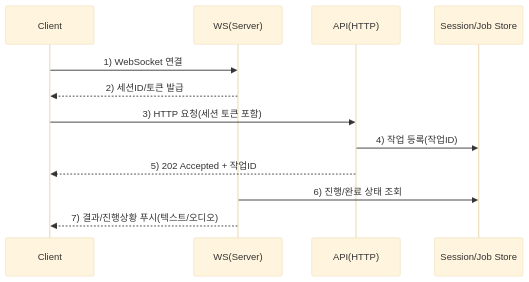
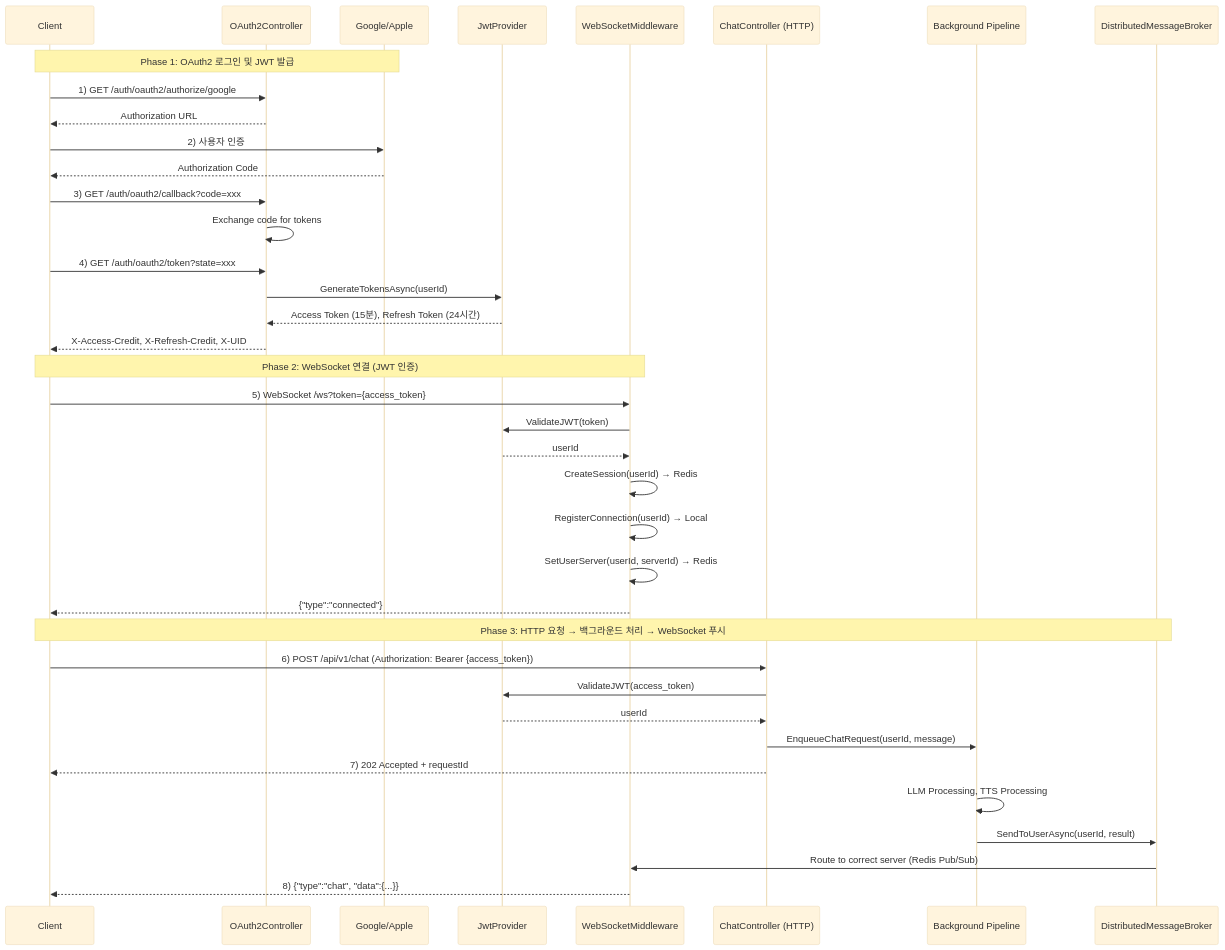
The first of 2 diagrams in docs/architecture/websocket_http_architecture.md (ProjectVG/ProjectVG-Server), drawn with Mermaid (base theme) before and after one commit. The commit also changed other lines of this file and 2 other files, not shown here.

First line of the commit message:
docs: WebSocket 및 Chat 시스템 문서 업데이트

````diff
--- a/docs/architecture/websocket_http_architecture.md
+++ b/docs/architecture/websocket_http_architecture.md
@@ -9,15 +9,44 @@
 ```mermaid
 sequenceDiagram
   participant Client
-  participant WS as WS(Server)
-  participant API as API(HTTP)
-  participant Store as Session/Job Store
+  participant OAuth as OAuth2Controller
+  participant Provider as Google/Apple
+  participant JWT as JwtProvider
+  participant WS as WebSocketMiddleware
+  participant API as ChatController (HTTP)
+  participant Pipeline as Background Pipeline
+  participant Broker as DistributedMessageBroker
 
-  Client->>WS: 1) WebSocket 연결
-  WS-->>Client: 2) 세션ID/토큰 발급
-  Client->>API: 3) HTTP 요청(세션 토큰 포함)
-  API->>Store: 4) 작업 등록(작업ID)
-  API-->>Client: 5) 202 Accepted + 작업ID
-  WS->>Store: 6) 진행/완료 상태 조회
-  WS-->>Client: 7) 결과/진행상황 푸시(텍스트/오디오)
+  Note over Client,Provider: Phase 1: OAuth2 로그인 및 JWT 발급
+  Client->>OAuth: 1) GET /auth/oauth2/authorize/google
+  OAuth-->>Client: Authorization URL
+  Client->>Provider: 2) 사용자 인증
+  Provider-->>Client: Authorization Code
+  Client->>OAuth: 3) GET /auth/oauth2/callback?code=xxx
+  OAuth->>OAuth: Exchange code for tokens
+  Client->>OAuth: 4) GET /auth/oauth2/token?state=xxx
+  OAuth->>JWT: GenerateTokensAsync(userId)
+  JWT-->>OAuth: Access Token (15분), Refresh Token (24시간)
+  OAuth-->>Client: X-Access-Credit, X-Refresh-Credit, X-UID
+
+  Note over Client,WS: Phase 2: WebSocket 연결 (JWT 인증)
+  Client->>WS: 5) WebSocket /ws?token={access_token}
+  WS->>JWT: ValidateJWT(token)
+  JWT-->>WS: userId
+  WS->>WS: CreateSession(userId) → Redis
+  WS->>WS: RegisterConnection(userId) → Local
+  WS->>WS: SetUserServer(userId, serverId) → Redis
+  WS-->>Client: {"type":"connected"}
+
+  Note over Client,Broker: Phase 3: HTTP 요청 → 백그라운드 처리 → WebSocket 푸시
+  Client->>API: 6) POST /api/v1/chat (Authorization: Bearer {access_token})
+  API->>JWT: ValidateJWT(access_token)
+  JWT-->>API: userId
+  API->>Pipeline: EnqueueChatRequest(userId, message)
+  API-->>Client: 7) 202 Accepted + requestId
+
+  Pipeline->>Pipeline: LLM Processing, TTS Processing
+  Pipeline->>Broker: SendToUserAsync(userId, result)
+  Broker->>WS: Route to correct server (Redis Pub/Sub)
+  WS-->>Client: 8) {"type":"chat", "data":{...}}
 ```
````
